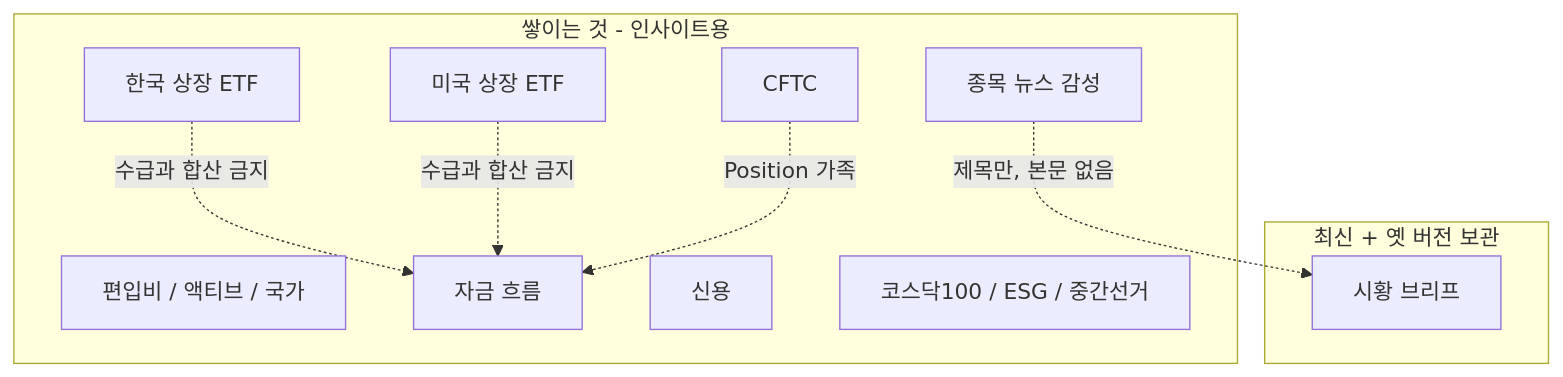
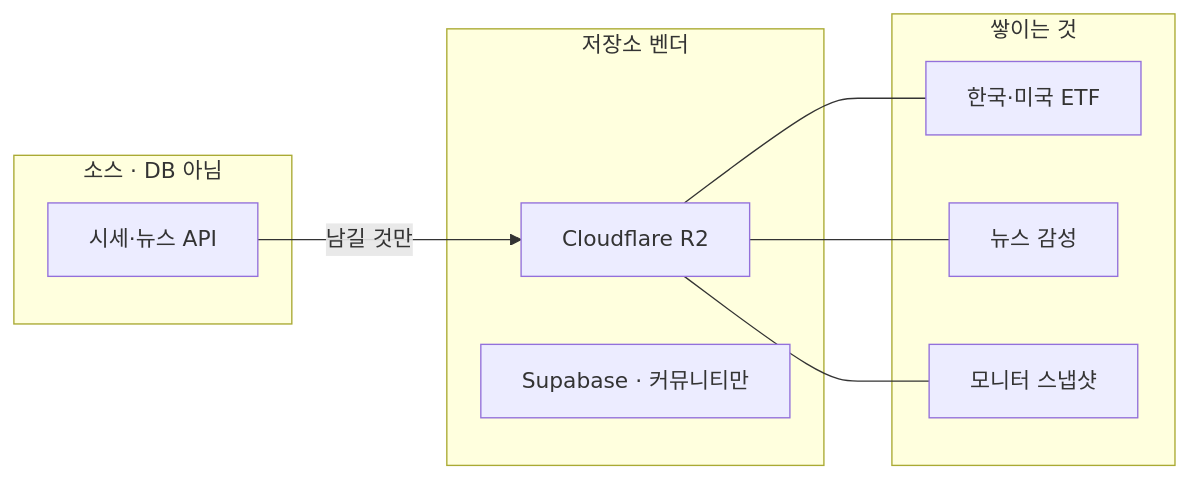
One commit to parkwooyeol9/SavvyETF changed the diagram in obsidian/00 홈.md. Above: the diagram before and after it, drawn with Mermaid. The commit also changed other lines of this file and 6 other files, not shown here.

````diff
--- a/obsidian/00 홈.md
+++ b/obsidian/00 홈.md
@@ -13,20 +15,19 @@
 ```mermaid
-flowchart TB
-  subgraph keep [쌓이는 것 - 인사이트용]
-    KR[한국 상장 ETF]
-    US[미국 상장 ETF]
-    NLP[종목 뉴스 감성]
-    W[편입비 / 액티브 / 국가]
-    MF[자금 흐름]
-    CFTC[CFTC]
-    CR[신용]
-    ETC[코스닥100 / ESG / 중간선거]
+flowchart LR
+  subgraph src [소스 · DB 아님]
+    API[시세·뉴스 API]
   end
-  subgraph roll [최신 + 옛 버전 보관]
-    BR[시황 브리프]
+  subgraph store [저장소 벤더]
+    R2[Cloudflare R2]
+    SB[Supabase · 커뮤니티만]
   end
-  KR -.->|수급과 합산 금지| MF
-  US -.->|수급과 합산 금지| MF
-  CFTC -.->|Position 가족| MF
-  NLP -.->|제목만, 본문 없음| BR
+  subgraph keep [쌓이는 것]
+    KR[한국·미국 ETF]
+    NLP[뉴스 감성]
+    MF[모니터 스냅샷]
+  end
+  API -->|남길 것만| R2
+  R2 --- KR
+  R2 --- NLP
+  R2 --- MF
 ```
````
